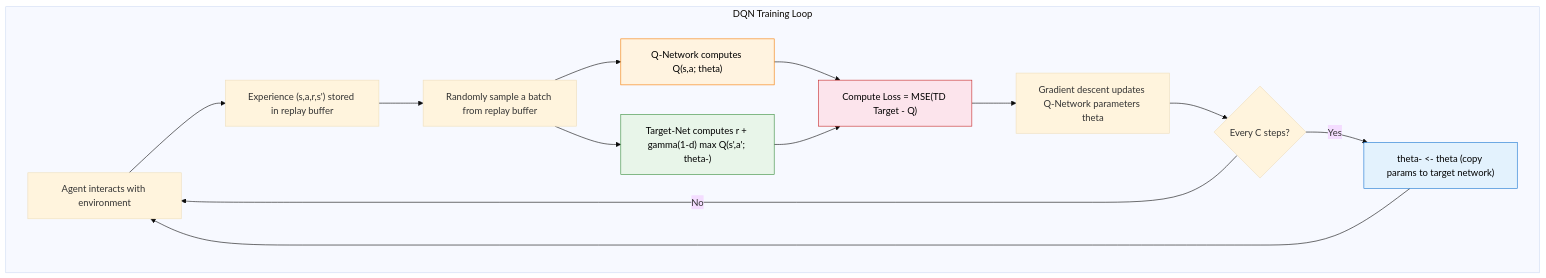
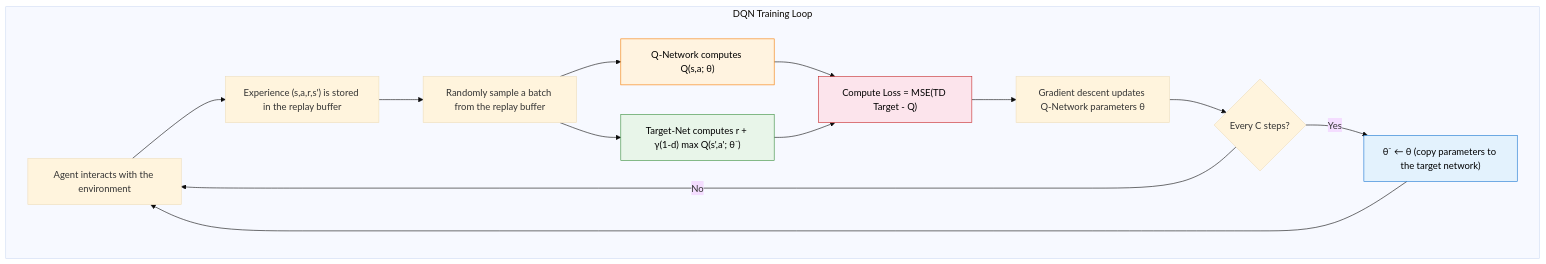
The diagram in docs/en/chapter07_dqn/dqn-components.md (saisandeshk/hands-on-modern-rl-en), drawn with Mermaid (base theme) before and after one commit. The commit also changed other lines of this file and 88 other files, not shown here.

````diff
--- a/docs/en/chapter07_dqn/dqn-components.md
+++ b/docs/en/chapter07_dqn/dqn-components.md
@@ -520,21 +573,21 @@
 ```mermaid
 flowchart TD
     subgraph DQN Training Loop
-        A["Agent interacts with environment"] --> B["Experience (s,a,r,s') stored in replay buffer"]
-        B --> C["Randomly sample a batch from replay buffer"]
-        C --> D["Q-Network computes Q(s,a; theta)"]
-        C --> E["Target-Net computes r + gamma(1-d) max Q(s',a'; theta-)"]
+        A["Agent interacts with the environment"] --> B["Experience (s,a,r,s') is stored in the replay buffer"]
+        B --> C["Randomly sample a batch from the replay buffer"]
+        C --> D["Q-Network computes Q(s,a; θ)"]
+        C --> E["Target-Net computes r + γ(1-d) max Q(s',a'; θ⁻)"]
         D --> F["Compute Loss = MSE(TD Target - Q)"]
         E --> F
-        F --> G["Gradient descent updates Q-Network parameters theta"]
+        F --> G["Gradient descent updates Q-Network parameters θ"]
         G --> H{"Every C steps?"}
-        H -->|"Yes"| I["theta- <- theta (copy params to target network)"]
+        H -->|"Yes"| I["θ⁻ ← θ (copy parameters to the target network)"]
         H -->|"No"| A
         I --> A
     end
 
     style D fill:#fff3e0,stroke:#f57c00,color:#000
     style E fill:#e8f5e9,stroke:#388e3c,color:#000
     style F fill:#fce4ec,stroke:#c62828,color:#000
     style I fill:#e3f2fd,stroke:#1976d2,color:#000
 ```
````
